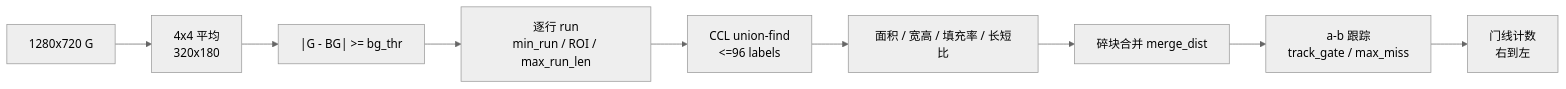
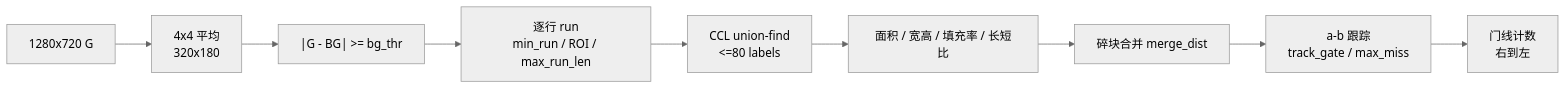
One commit to ZCM8848/anlogic-fpga-design changed the second of 2 diagrams in work/camera_hdmi_720p/README.md. Above: the diagram before and after it, drawn with Mermaid (neutral theme). The commit also changed other lines of this file and 13 other files, not shown here.

````diff
--- a/work/camera_hdmi_720p/README.md
+++ b/work/camera_hdmi_720p/README.md
@@ -99,11 +99,11 @@
 ```mermaid
 flowchart LR
   A["1280x720 G"] --> B["4x4 平均<br/>320x180"]
   B --> C["|G - BG| >= bg_thr"]
   C --> D["逐行 run<br/>min_run / ROI / max_run_len"]
-  D --> E["CCL union-find<br/><=96 labels"]
+  D --> E["CCL union-find<br/><=80 labels"]
   E --> F["面积 / 宽高 / 填充率 / 长短比"]
   F --> G["碎块合并 merge_dist"]
   G --> H["a-b 跟踪<br/>track_gate / max_miss"]
   H --> I["门线计数<br/>右到左"]
 ```
````
